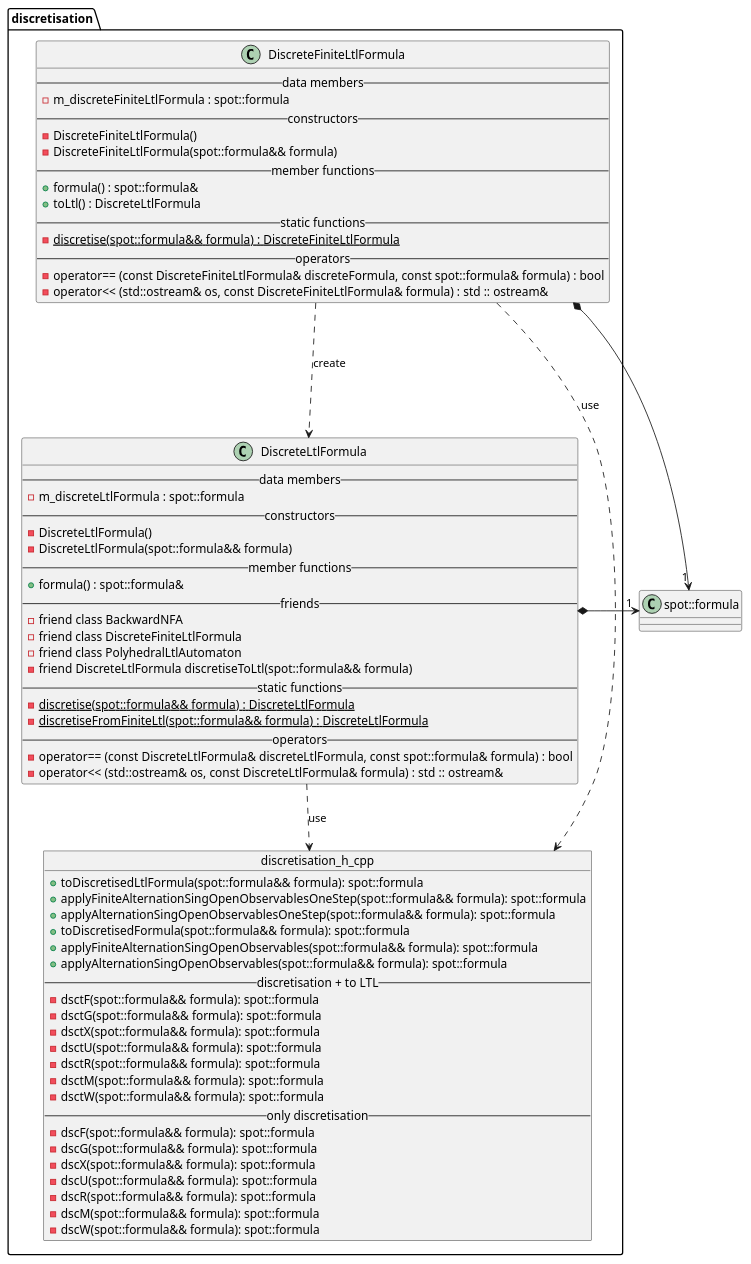
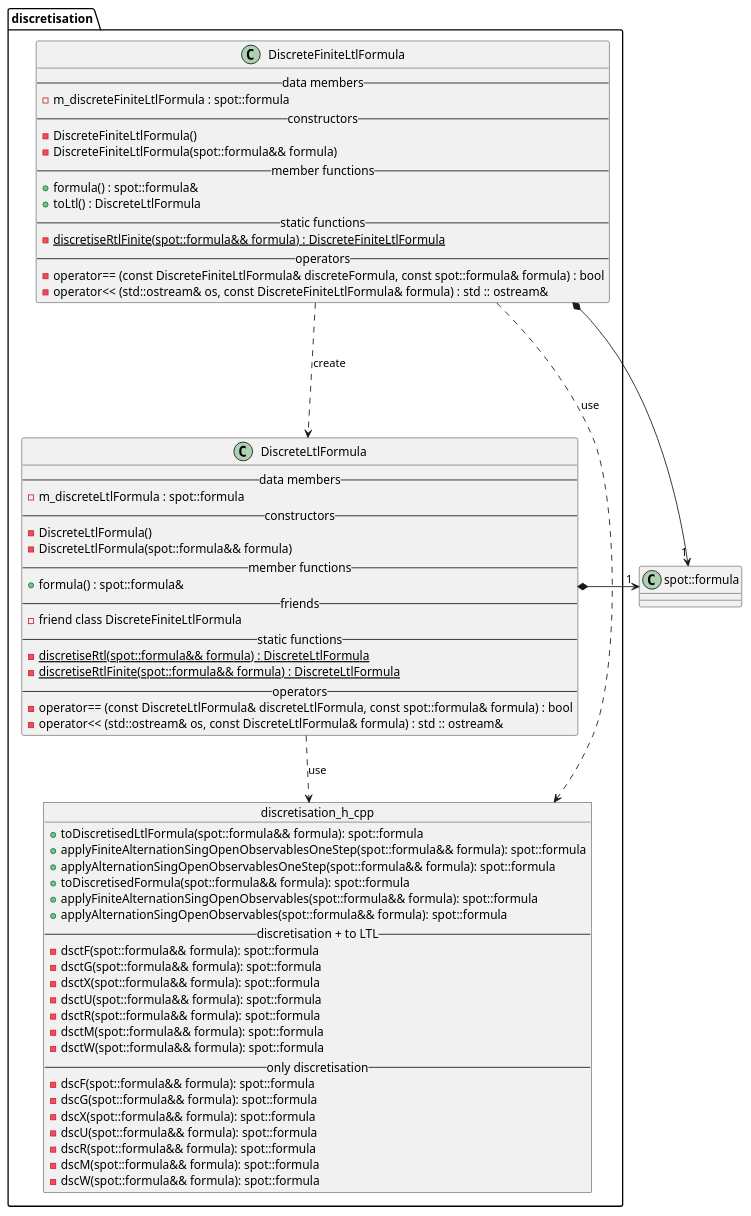
One commit to vtramo/rtl-mc changed the diagram in docs/plantuml/discretisation.puml. Above: the diagram before and after it, drawn with PlantUML. The commit also changed 4 other files, not shown here.

```diff
--- a/docs/plantuml/discretisation.puml
+++ b/docs/plantuml/discretisation.puml
@@ -1,74 +1,71 @@
 @startuml
 package discretisation {
     class DiscreteFiniteLtlFormula {
         --data members--
         -m_discreteFiniteLtlFormula : spot::formula
         --constructors--
         -DiscreteFiniteLtlFormula()
         -DiscreteFiniteLtlFormula(spot::formula&& formula)
         --member functions--
         +formula() : spot::formula&
         +toLtl() : DiscreteLtlFormula
         --static functions--
-        -{static} discretise(spot::formula&& formula) : DiscreteFiniteLtlFormula
+        -{static} discretiseRtlFinite(spot::formula&& formula) : DiscreteFiniteLtlFormula
         --operators--
         -operator== (const DiscreteFiniteLtlFormula& discreteFormula, const spot::formula& formula) : bool
         -operator<< (std::ostream& os, const DiscreteFiniteLtlFormula& formula) : std :: ostream&
     }
 
     class DiscreteLtlFormula {
         --data members--
         -m_discreteLtlFormula : spot::formula
         --constructors--
         -DiscreteLtlFormula()
         -DiscreteLtlFormula(spot::formula&& formula)
         --member functions--
         +formula() : spot::formula&
         --friends--
-        -friend class BackwardNFA
         -friend class DiscreteFiniteLtlFormula
-        -friend class PolyhedralLtlAutomaton
-        -friend DiscreteLtlFormula discretiseToLtl(spot::formula&& formula)
         --static functions--
-        -{static} discretise(spot::formula&& formula) : DiscreteLtlFormula
-        -{static} discretiseFromFiniteLtl(spot::formula&& formula) : DiscreteLtlFormula
+        -{static} discretiseRtl(spot::formula&& formula) : DiscreteLtlFormula
+        -{static} discretiseRtlFinite(spot::formula&& formula) : DiscreteLtlFormula
         --operators--
         -operator== (const DiscreteLtlFormula& discreteLtlFormula, const spot::formula& formula) : bool
         -operator<< (std::ostream& os, const DiscreteLtlFormula& formula) : std :: ostream&
     }
 
     object discretisation_h_cpp {
         +toDiscretisedLtlFormula(spot::formula&& formula): spot::formula
         +applyFiniteAlternationSingOpenObservablesOneStep(spot::formula&& formula): spot::formula
         +applyAlternationSingOpenObservablesOneStep(spot::formula&& formula): spot::formula
         +toDiscretisedFormula(spot::formula&& formula): spot::formula
         +applyFiniteAlternationSingOpenObservables(spot::formula&& formula): spot::formula
         +applyAlternationSingOpenObservables(spot::formula&& formula): spot::formula
         --discretisation + to LTL--
         -dsctF(spot::formula&& formula): spot::formula
         -dsctG(spot::formula&& formula): spot::formula
         -dsctX(spot::formula&& formula): spot::formula
         -dsctU(spot::formula&& formula): spot::formula
         -dsctR(spot::formula&& formula): spot::formula
         -dsctM(spot::formula&& formula): spot::formula
         -dsctW(spot::formula&& formula): spot::formula
         --only discretisation--
         -dscF(spot::formula&& formula): spot::formula
         -dscG(spot::formula&& formula): spot::formula
         -dscX(spot::formula&& formula): spot::formula
         -dscU(spot::formula&& formula): spot::formula
         -dscR(spot::formula&& formula): spot::formula
         -dscM(spot::formula&& formula): spot::formula
         -dscW(spot::formula&& formula): spot::formula
     }
 }
 
 class spot::formula {}
 
 DiscreteFiniteLtlFormula ...> DiscreteLtlFormula : create
 DiscreteFiniteLtlFormula*-> "1" spot::formula
 DiscreteLtlFormula*-> "1" spot::formula
 DiscreteLtlFormula ..> discretisation_h_cpp : use
 DiscreteFiniteLtlFormula ..> discretisation_h_cpp : use
 
 @enduml
```
